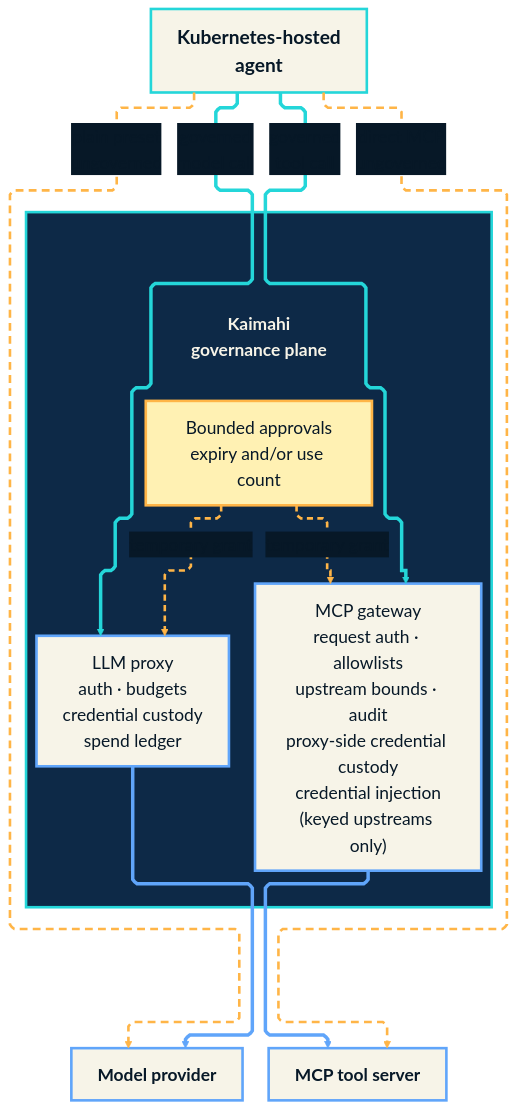
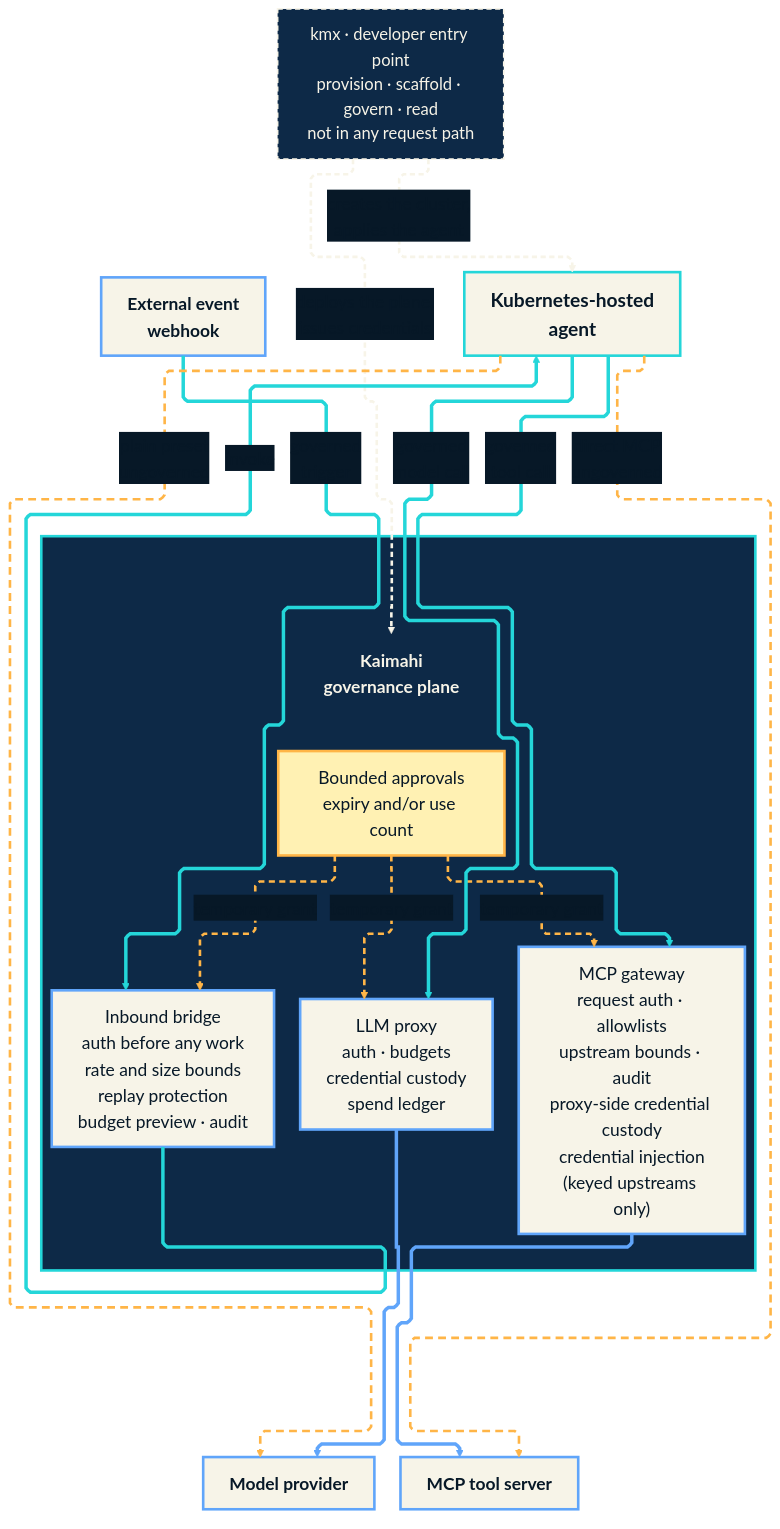
One commit to davidgamero/kaimahi changed the diagram in docs/assets/architecture.mmd. Above: the diagram before and after it, drawn with Mermaid. The commit also changed 2 other files, not shown here.

First paragraph of the commit message:
docs: add the inbound boundary to the architecture diagram (#63)
Closes the gap flagged as "known, not fixed here" on #59: the
architecture diagram showed **two** governed paths while the README text
now names **three**.

```diff
--- a/docs/assets/architecture.mmd
+++ b/docs/assets/architecture.mmd
@@ -1,83 +1,95 @@
 ---
 config:
   theme: base
   themeCSS: |
     .edgeLabels .edgeLabel span,
     .edgeLabels .edgeLabel p {
       color: #F7F4E8 !important;
       fill: #F7F4E8 !important;
     }
   layout: elk
   elk:
     mergeEdges: false
     nodePlacementStrategy: SIMPLE
     nodePlacementAlignment: BALANCED
     forceNodeModelOrder: true
     considerModelOrder: NODES_AND_EDGES
   flowchart:
     htmlLabels: true
     nodeSpacing: 24
     rankSpacing: 36
     curve: linear
   themeVariables:
     background: "#071827"
     fontFamily: "Arial, Helvetica, sans-serif"
     fontSize: 20px
     textColor: "#F7F4E8"
     titleColor: "#F7F4E8"
     nodeTextColor: "#F7F4E8"
     primaryColor: "#F7F4E8"
     primaryTextColor: "#071827"
     primaryBorderColor: "#24D6D9"
     lineColor: "#24D6D9"
     edgeLabelBackground: "#071827"
     clusterBkg: "#0D2947"
     clusterBorder: "#24D6D9"
 ---
 flowchart TB
     accTitle: Kaimahi governance architecture
-    accDescr: A Kubernetes-hosted agent uses Kaimahi's governed model and tool paths, while dashed direct paths are explicitly ungoverned.
+    accDescr: The kmx developer entry point provisions the cluster, scaffolds agents and deploys the governance plane, sitting outside every request path. A Kubernetes-hosted agent then reaches models and tools through Kaimahi's governed paths, and external events reach the agent through Kaimahi's governed inbound bridge, while dashed direct paths are explicitly ungoverned.
 
+    D["kmx · developer entry point<br/>provision · scaffold · govern · read<br/>not in any request path"]
+    W["External event<br/>webhook"]
     A["Kubernetes-hosted<br/>agent"]
 
     subgraph K[" "]
       direction TB
       H["Kaimahi<br/>governance plane"]
       P["Bounded approvals<br/>expiry and/or use count"]
       L["LLM proxy<br/>auth · budgets<br/>credential custody<br/>spend ledger"]
       T["MCP gateway<br/>request auth · allowlists<br/>upstream bounds · audit<br/>proxy-side credential custody<br/>credential injection<br/>(keyed upstreams only)"]
+      N["Inbound bridge<br/>auth before any work<br/>rate and size bounds<br/>replay protection<br/>budget preview · audit"]
       H ~~~ P
       P -. "temporary grant" .-> L
       P -. "temporary grant" .-> T
+      P -. "temporary grant" .-> N
     end
 
     subgraph E[" "]
       direction LR
       M["Model provider"]
       X["MCP tool server"]
     end
 
+    D -. "creates the cluster,<br/>applies the agent" .-> A
+    D -. "deploys the plane,<br/>issues credentials" .-> H
+    W -->|"governed<br/>trigger"| N
+    N -->|"invoke"| A
     A -->|"governed<br/>model call"| L
     A -->|"governed<br/>tool call"| T
     L --> M
     T --> X
     A -. "plain preset<br/>ungoverned" .-> M
     A -. "direct MCP<br/>ungoverned" .-> X
 
     classDef agent fill:#F7F4E8,color:#071827,stroke:#24D6D9,stroke-width:3px,font-size:22px,font-weight:bold;
     classDef control fill:#F7F4E8,color:#071827,stroke:#60A5FA,stroke-width:3px,font-size:20px;
     classDef approval fill:#FFF1B3,color:#071827,stroke:#FFB547,stroke-width:3px,font-size:20px;
     classDef target fill:#F7F4E8,color:#071827,stroke:#60A5FA,stroke-width:3px,font-size:20px,font-weight:bold;
+    classDef tooling fill:#0D2947,color:#F7F4E8,stroke:#F7F4E8,stroke-width:2px,stroke-dasharray:6 4,font-size:19px;
     classDef heading fill:transparent,color:#F7F4E8,stroke:transparent,font-size:20px,font-weight:bold;
     class A agent;
-    class L,T control;
+    class L,T,N control;
     class P approval;
     class H heading;
     class M,X target;
+    class W target;
+    class D tooling;
     style K fill:#0D2947,stroke:#24D6D9,stroke-width:3px,color:#F7F4E8
     style E fill:transparent,stroke:transparent
     linkStyle 0 stroke:transparent,fill:none;
-    linkStyle 1,2 stroke:#FFB547,color:#FFF1B3,stroke-width:3px,stroke-dasharray:7 5;
-    linkStyle 3,4 stroke:#24D6D9,color:#F7F4E8,stroke-width:4px;
-    linkStyle 5,6 stroke:#60A5FA,color:#F7F4E8,stroke-width:4px;
-    linkStyle 7,8 stroke:#FFB547,color:#FFF1B3,stroke-width:3px,stroke-dasharray:9 6;
+    linkStyle 1,2,3 stroke:#FFB547,color:#FFF1B3,stroke-width:3px,stroke-dasharray:7 5;
+    linkStyle 4,5 stroke:#F7F4E8,color:#F7F4E8,stroke-width:3px,stroke-dasharray:6 4;
+    linkStyle 6,7,8,9 stroke:#24D6D9,color:#F7F4E8,stroke-width:4px;
+    linkStyle 10,11 stroke:#60A5FA,color:#F7F4E8,stroke-width:4px;
+    linkStyle 12,13 stroke:#FFB547,color:#FFF1B3,stroke-width:3px,stroke-dasharray:9 6;
```
